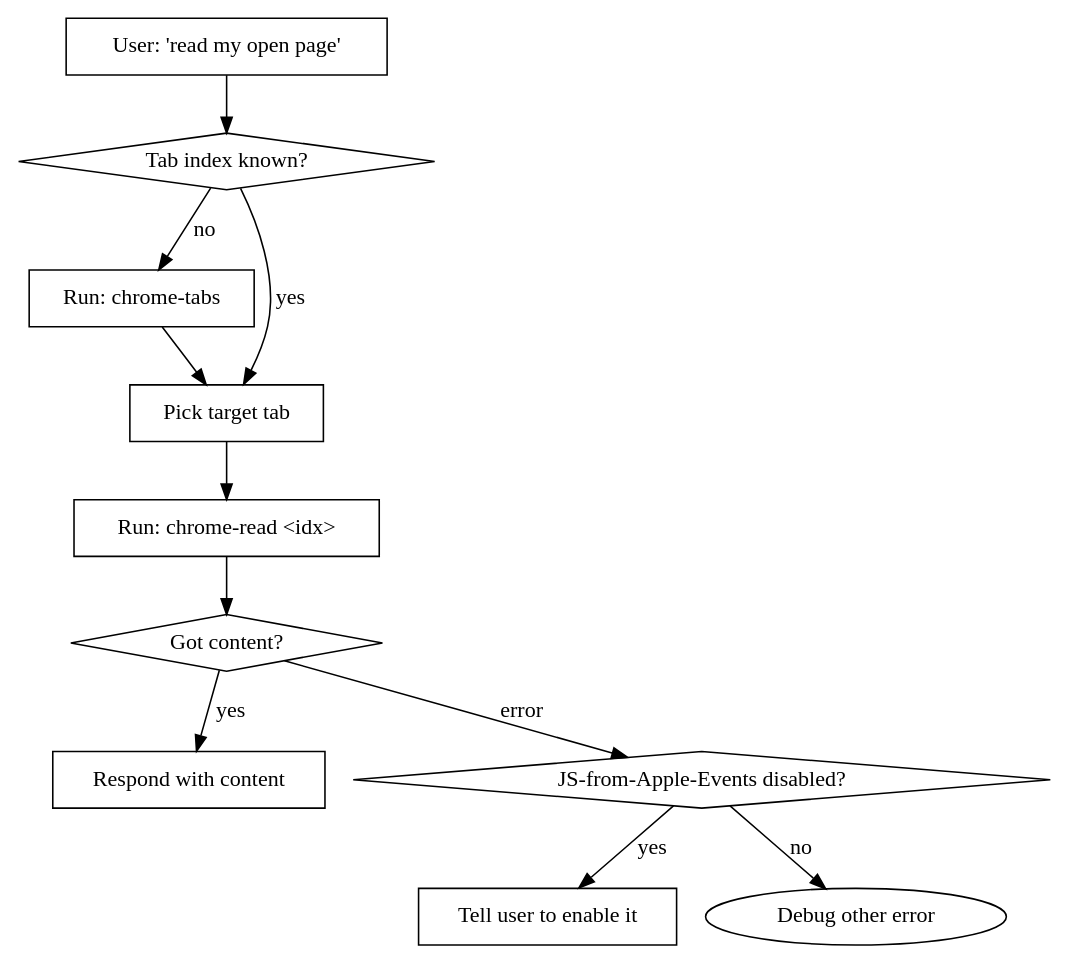
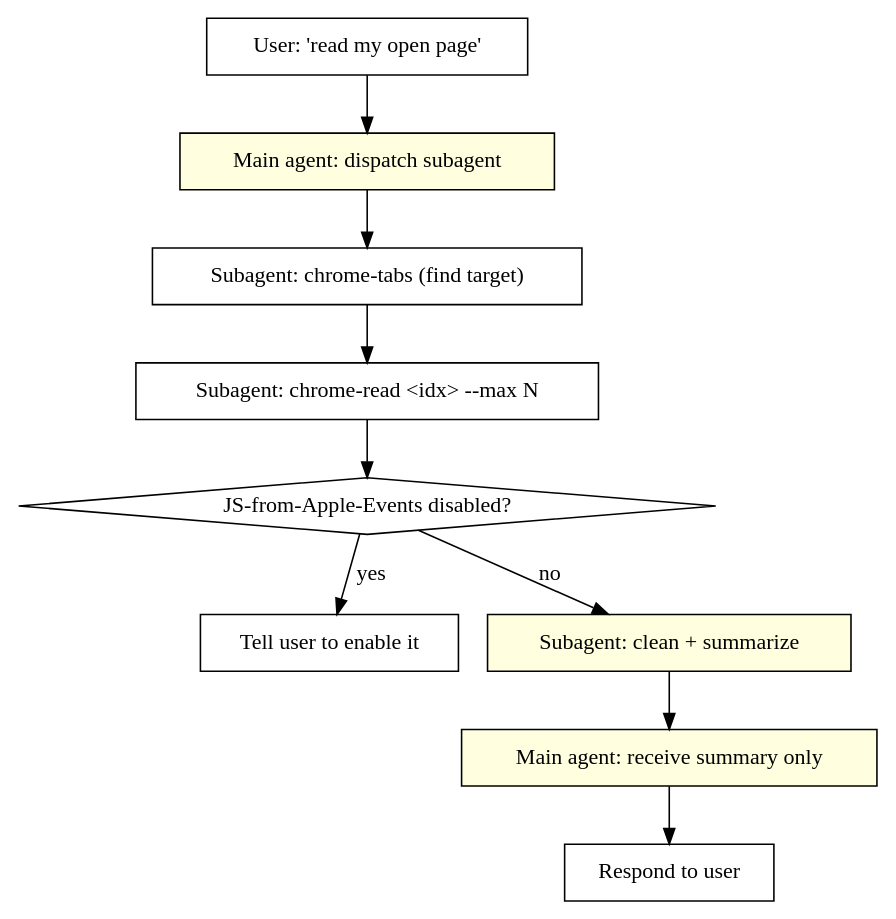
Before and after one commit to freedom-shen/chrome-html-read: the diagram in SKILL.md, drawn with Graphviz. The commit also changed other lines of this file and 1 other file, not shown here.

First line of the commit message:
feat(skill): enforce subagent dispatch + cleaned-text default

````diff
--- a/SKILL.md
+++ b/SKILL.md
@@ -60,24 +75,23 @@
 ```dot
 digraph chrome_read_flow {
+    rankdir=TB;
     "User: 'read my open page'" [shape=box];
-    "Tab index known?" [shape=diamond];
-    "Run: chrome-tabs" [shape=box];
-    "Pick target tab" [shape=box];
-    "Run: chrome-read <idx>" [shape=box];
-    "Got content?" [shape=diamond];
-    "Respond with content" [shape=box];
+    "Main agent: dispatch subagent" [shape=box, style=filled, fillcolor=lightyellow];
+    "Subagent: chrome-tabs (find target)" [shape=box];
+    "Subagent: chrome-read <idx> --max N" [shape=box];
     "JS-from-Apple-Events disabled?" [shape=diamond];
     "Tell user to enable it" [shape=box];
+    "Subagent: clean + summarize" [shape=box, style=filled, fillcolor=lightyellow];
+    "Main agent: receive summary only" [shape=box, style=filled, fillcolor=lightyellow];
+    "Respond to user" [shape=box];
 
-    "User: 'read my open page'" -> "Tab index known?";
-    "Tab index known?" -> "Pick target tab" [label="yes"];
-    "Tab index known?" -> "Run: chrome-tabs" [label="no"];
-    "Run: chrome-tabs" -> "Pick target tab";
-    "Pick target tab" -> "Run: chrome-read <idx>";
-    "Run: chrome-read <idx>" -> "Got content?";
-    "Got content?" -> "Respond with content" [label="yes"];
-    "Got content?" -> "JS-from-Apple-Events disabled?" [label="error"];
+    "User: 'read my open page'" -> "Main agent: dispatch subagent";
+    "Main agent: dispatch subagent" -> "Subagent: chrome-tabs (find target)";
+    "Subagent: chrome-tabs (find target)" -> "Subagent: chrome-read <idx> --max N";
+    "Subagent: chrome-read <idx> --max N" -> "JS-from-Apple-Events disabled?";
     "JS-from-Apple-Events disabled?" -> "Tell user to enable it" [label="yes"];
-    "JS-from-Apple-Events disabled?" -> "Debug other error" [label="no"];
+    "JS-from-Apple-Events disabled?" -> "Subagent: clean + summarize" [label="no"];
+    "Subagent: clean + summarize" -> "Main agent: receive summary only";
+    "Main agent: receive summary only" -> "Respond to user";
 }
 ```
````
